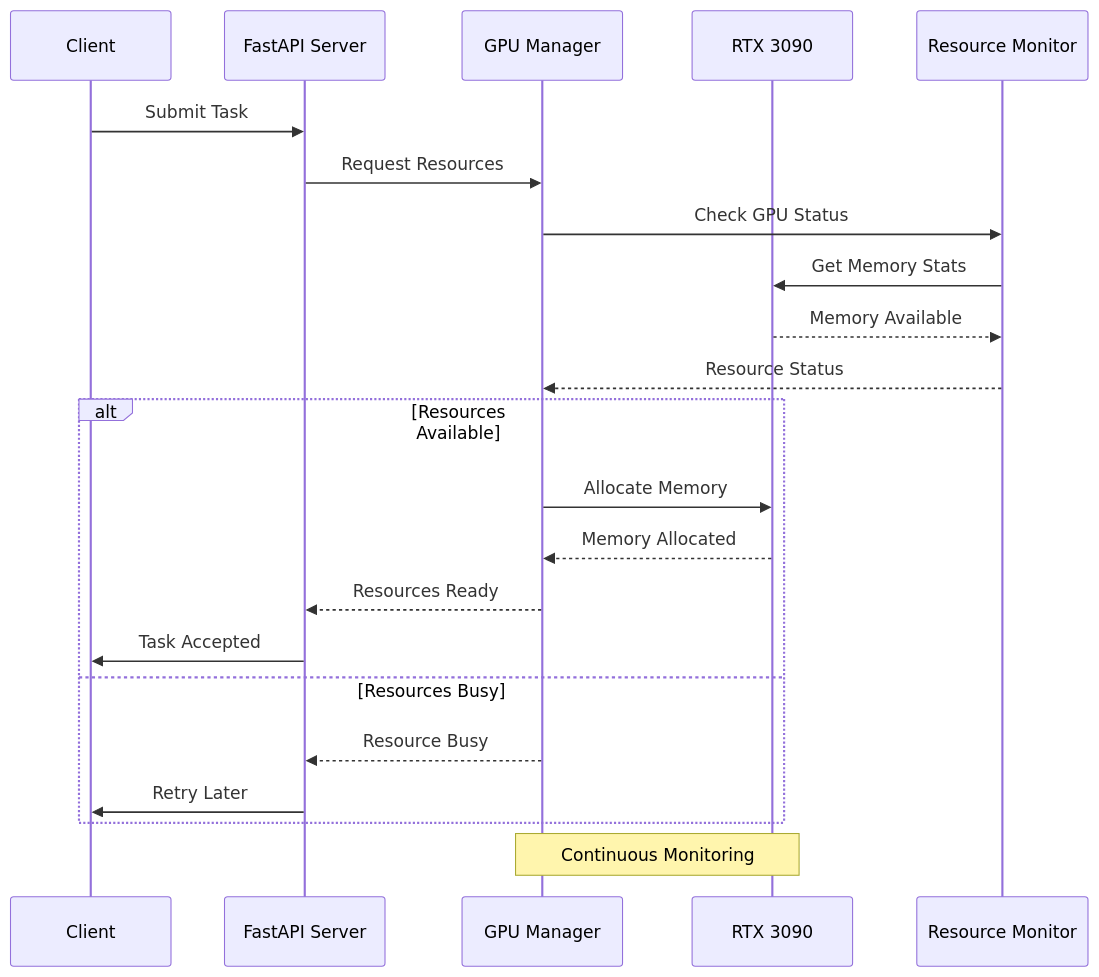
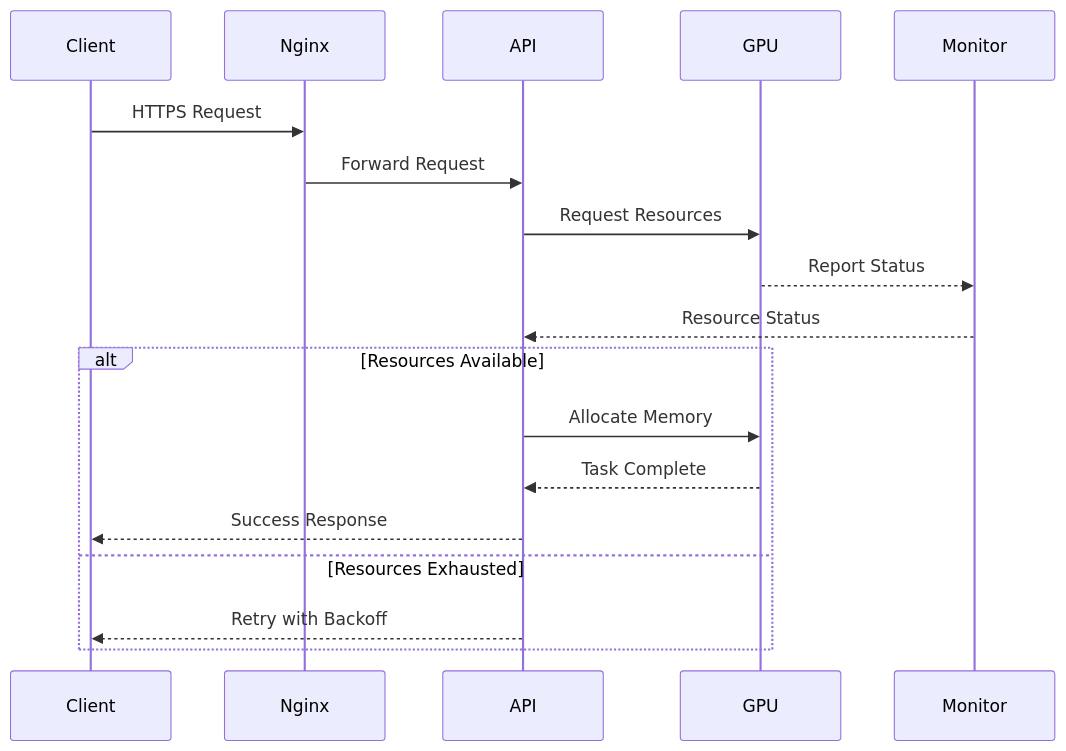
The second of 2 diagrams in README.md (geek2geeks/server-ai), drawn with Mermaid before and after one commit. The commit also changed other lines of this file and 3 other files, not shown here.

First line of the commit message:
feat(infrastructure): Add GPU server infrastructure

````diff
--- a/README.md
+++ b/README.md
@@ -57,27 +54,22 @@
 ```mermaid
 sequenceDiagram
     participant Client
-    participant API as FastAPI Server
-    participant Manager as GPU Manager
-    participant GPU as RTX 3090
-    participant Monitor as Resource Monitor
+    participant Nginx
+    participant API
+    participant GPU
+    participant Monitor
 
-    Client->>API: Submit Task
-    API->>Manager: Request Resources
-    Manager->>Monitor: Check GPU Status
-    Monitor->>GPU: Get Memory Stats
-    GPU-->>Monitor: Memory Available
-    Monitor-->>Manager: Resource Status
+    Client->>Nginx: HTTPS Request
+    Nginx->>API: Forward Request
+    API->>GPU: Request Resources
+    GPU-->>Monitor: Report Status
+    Monitor-->>API: Resource Status
     
     alt Resources Available
-        Manager->>GPU: Allocate Memory
-        GPU-->>Manager: Memory Allocated
-        Manager-->>API: Resources Ready
-        API->>Client: Task Accepted
-    else Resources Busy
-        Manager-->>API: Resource Busy
-        API->>Client: Retry Later
+        API->>GPU: Allocate Memory
+        GPU-->>API: Task Complete
+        API-->>Client: Success Response
+    else Resources Exhausted
+        API-->>Client: Retry with Backoff
     end
-
-    Note over Manager,GPU: Continuous Monitoring
 ```
````
